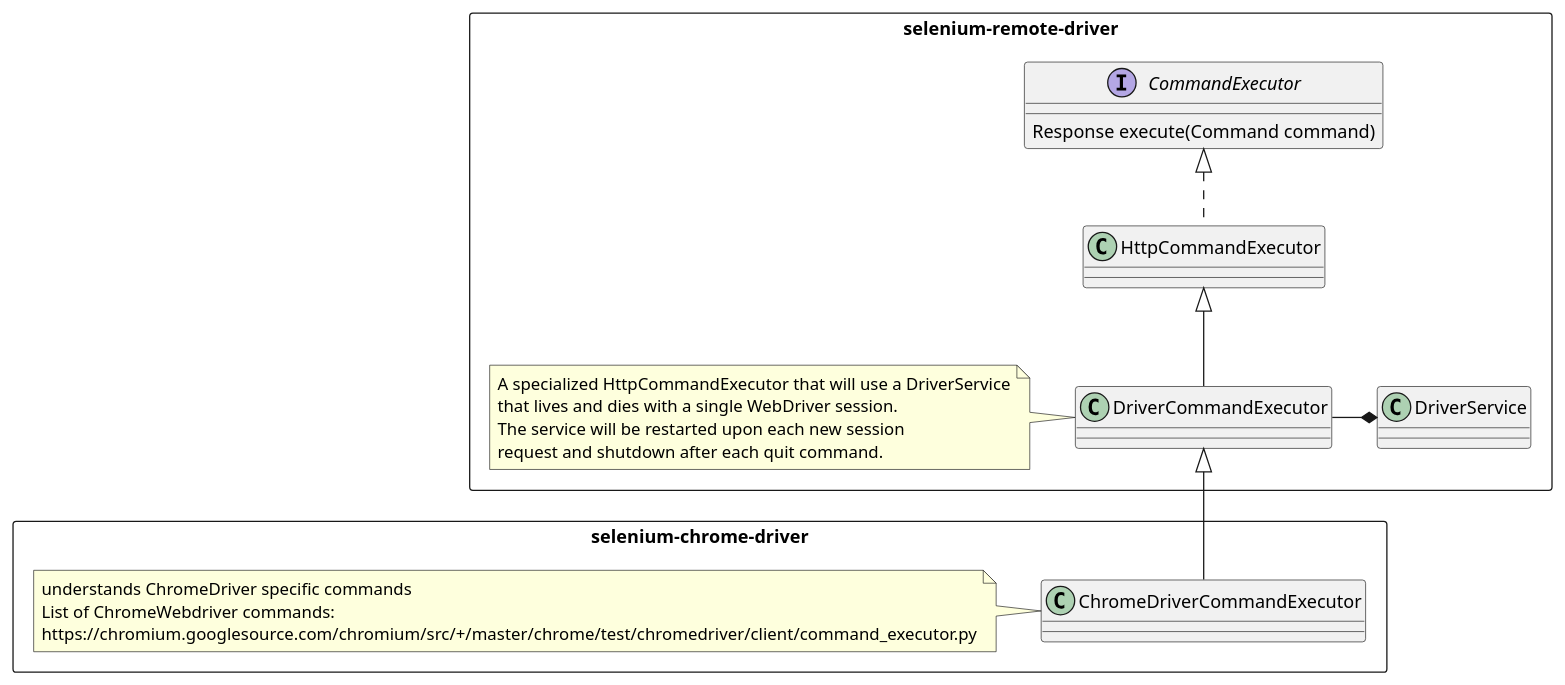
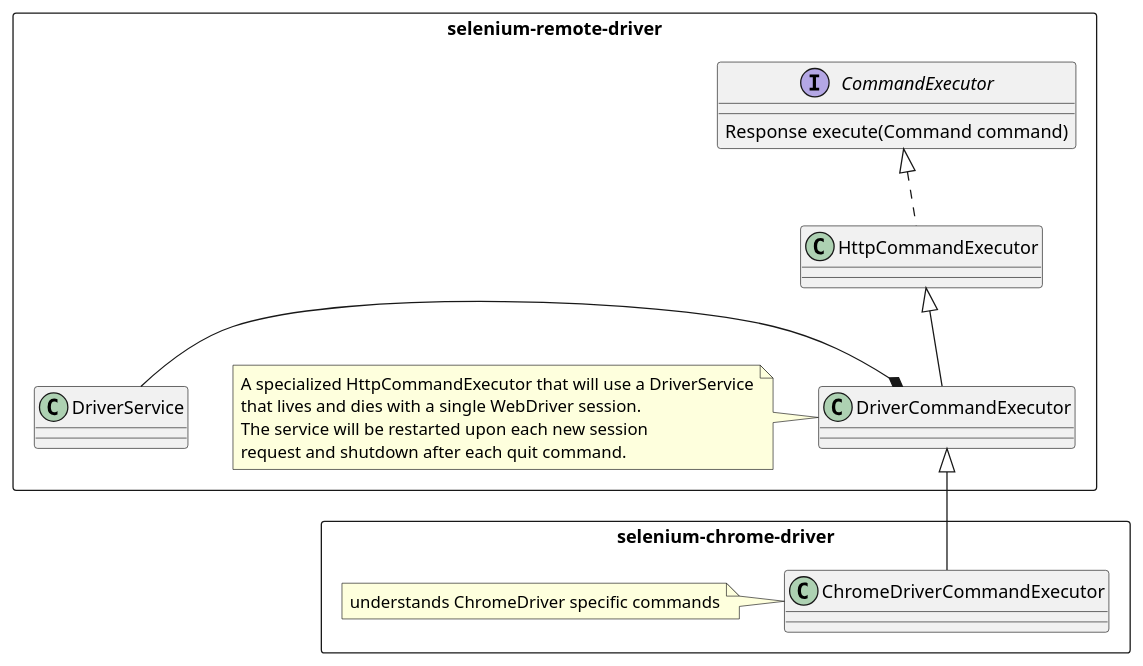
One commit to amartyushov/al-folio changed the seventh of 9 diagrams in plantuml/Selenium.puml. Above: the diagram before and after it, drawn with PlantUML. The commit also changed other lines of this file and 1 other file, not shown here.

Commit message:
Updating selenium client part of docs. Diagrams

```diff
--- a/plantuml/Selenium.puml
+++ b/plantuml/Selenium.puml
@@ -166,30 +203,28 @@
 @startuml
 ' CommandExecutor classes hierarchy
 package selenium-remote-driver <<Rectangle>> {
 	interface CommandExecutor {
 		Response execute(Command command)
 	}
 	class HttpCommandExecutor
 	class DriverCommandExecutor
 	note left of DriverCommandExecutor
 		A specialized HttpCommandExecutor that will use a DriverService
 		that lives and dies with a single WebDriver session.
 		The service will be restarted upon each new session
 		request and shutdown after each quit command.
 	end note
 	class DriverService
 
 }
 package selenium-chrome-driver <<Rectangle>> {
 	class ChromeDriverCommandExecutor
 		note left of ChromeDriverCommandExecutor
     		understands ChromeDriver specific commands
-    		List of ChromeWebdriver commands:
-    		https://chromium.googlesource.com/chromium/src/+/master/chrome/test/chromedriver/client/command_executor.py
     	end note
 }
 CommandExecutor <|.down. HttpCommandExecutor
 HttpCommandExecutor <|-down- DriverCommandExecutor
-DriverService *-left- DriverCommandExecutor
+DriverService -right-* DriverCommandExecutor
 DriverCommandExecutor <|-down- ChromeDriverCommandExecutor
 @enduml
```
